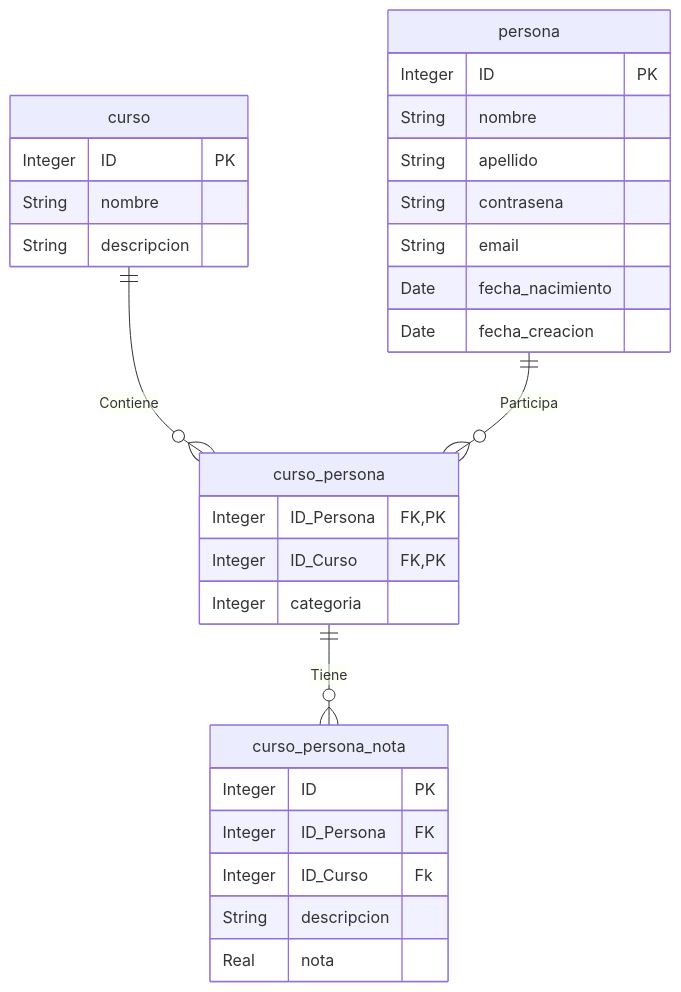
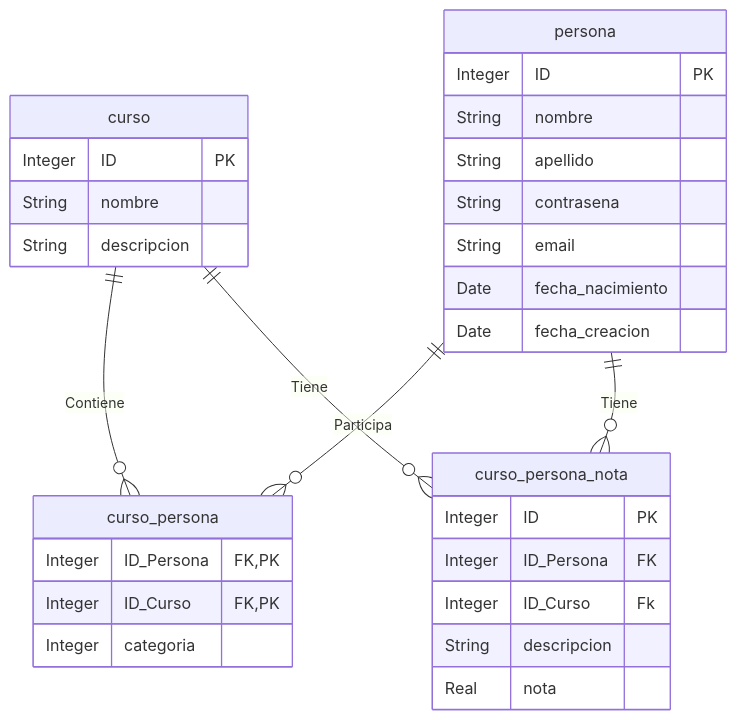
Before and after one commit to laucha54321/tp-mysql-be: the second of 2 diagrams in README.md, drawn with Mermaid.

````diff
--- a/README.md
+++ b/README.md
@@ -43,32 +43,34 @@
 ```mermaid
 erDiagram
     curso ||--o{ curso_persona : Contiene
     persona ||--o{ curso_persona: Participa
-    curso_persona ||--o{ curso_persona_nota: Tiene
+    persona ||--o{ curso_persona_nota: Tiene
+    curso ||--o{ curso_persona_nota: Tiene
+
     persona{
         Integer ID PK
         String nombre
         String apellido
         String contrasena
         String email
         Date fecha_nacimiento
         Date fecha_creacion
     }
     curso{
         Integer ID PK
         String nombre
         String descripcion
     }
     curso_persona{
         Integer ID_Persona FK,PK
         Integer ID_Curso FK,PK
         Integer categoria
     }
     curso_persona_nota{
         Integer ID PK
         Integer ID_Persona FK
         Integer ID_Curso Fk
         String descripcion
         Real nota    
     }
 ```
````
